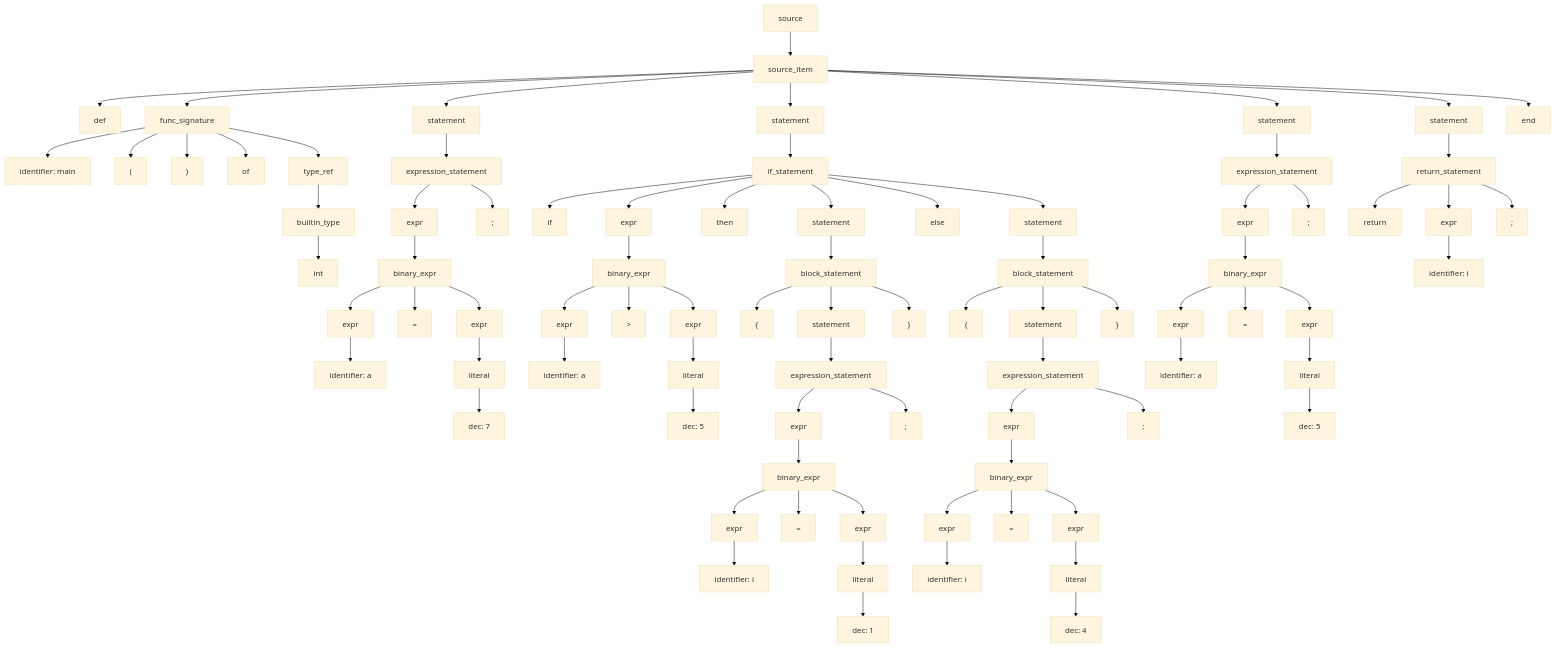
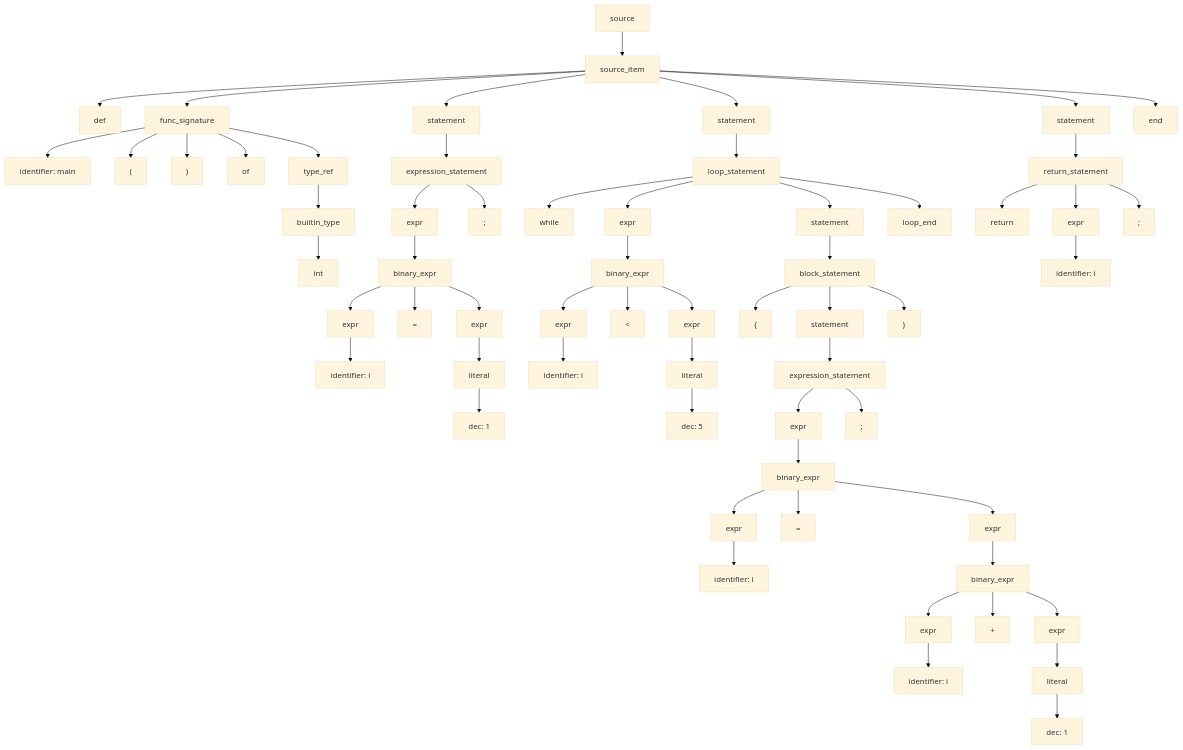
The diagram in ast.mmd (ErnandesDaniel/system-software-lab-3), drawn with Mermaid (base theme) before and after one commit.

Commit message:
правка цикла

```diff
--- a/ast.mmd
+++ b/ast.mmd
@@ -1,166 +1,122 @@
 graph TD;
 N0["source"]
 N1["source_item"]
 N0 --> N1
 N2["def"]
 N1 --> N2
 N3["func_signature"]
 N1 --> N3
 N4["identifier: main"]
 N3 --> N4
 N5["("]
 N3 --> N5
 N6[")"]
 N3 --> N6
 N7["of"]
 N3 --> N7
 N8["type_ref"]
 N3 --> N8
 N9["builtin_type"]
 N8 --> N9
 N10["int"]
 N9 --> N10
 N11["statement"]
 N1 --> N11
 N12["expression_statement"]
 N11 --> N12
 N13["expr"]
 N12 --> N13
 N14["binary_expr"]
 N13 --> N14
 N15["expr"]
 N14 --> N15
-N16["identifier: a"]
+N16["identifier: i"]
 N15 --> N16
 N17["="]
 N14 --> N17
 N18["expr"]
 N14 --> N18
 N19["literal"]
 N18 --> N19
-N20["dec: 7"]
+N20["dec: 1"]
 N19 --> N20
 N21[";"]
 N12 --> N21
 N22["statement"]
 N1 --> N22
-N23["if_statement"]
+N23["loop_statement"]
 N22 --> N23
-N24["if"]
+N24["while"]
 N23 --> N24
 N25["expr"]
 N23 --> N25
 N26["binary_expr"]
 N25 --> N26
 N27["expr"]
 N26 --> N27
-N28["identifier: a"]
+N28["identifier: i"]
 N27 --> N28
-N29[">"]
+N29["<"]
 N26 --> N29
 N30["expr"]
 N26 --> N30
 N31["literal"]
 N30 --> N31
 N32["dec: 5"]
 N31 --> N32
-N33["then"]
+N33["statement"]
 N23 --> N33
-N34["statement"]
-N23 --> N34
-N35["block_statement"]
+N34["block_statement"]
+N33 --> N34
+N35["{"]
 N34 --> N35
-N36["{"]
-N35 --> N36
-N37["statement"]
-N35 --> N37
-N38["expression_statement"]
+N36["statement"]
+N34 --> N36
+N37["expression_statement"]
+N36 --> N37
+N38["expr"]
 N37 --> N38
-N39["expr"]
+N39["binary_expr"]
 N38 --> N39
-N40["binary_expr"]
+N40["expr"]
 N39 --> N40
-N41["expr"]
+N41["identifier: i"]
 N40 --> N41
-N42["identifier: i"]
-N41 --> N42
-N43["="]
-N40 --> N43
-N44["expr"]
-N40 --> N44
-N45["literal"]
+N42["="]
+N39 --> N42
+N43["expr"]
+N39 --> N43
+N44["binary_expr"]
+N43 --> N44
+N45["expr"]
 N44 --> N45
-N46["dec: 1"]
+N46["identifier: i"]
 N45 --> N46
-N47[";"]
-N38 --> N47
-N48["}"]
-N35 --> N48
-N49["else"]
-N23 --> N49
-N50["statement"]
-N23 --> N50
-N51["block_statement"]
-N50 --> N51
-N52["{"]
-N51 --> N52
-N53["statement"]
-N51 --> N53
-N54["expression_statement"]
-N53 --> N54
-N55["expr"]
+N47["+"]
+N44 --> N47
+N48["expr"]
+N44 --> N48
+N49["literal"]
+N48 --> N49
+N50["dec: 1"]
+N49 --> N50
+N51[";"]
+N37 --> N51
+N52["}"]
+N34 --> N52
+N53["loop_end"]
+N23 --> N53
+N54["statement"]
+N1 --> N54
+N55["return_statement"]
 N54 --> N55
-N56["binary_expr"]
+N56["return"]
 N55 --> N56
 N57["expr"]
-N56 --> N57
+N55 --> N57
 N58["identifier: i"]
 N57 --> N58
-N59["="]
-N56 --> N59
-N60["expr"]
-N56 --> N60
-N61["literal"]
-N60 --> N61
-N62["dec: 4"]
-N61 --> N62
-N63[";"]
-N54 --> N63
-N64["}"]
-N51 --> N64
-N65["statement"]
-N1 --> N65
-N66["expression_statement"]
-N65 --> N66
-N67["expr"]
-N66 --> N67
-N68["binary_expr"]
-N67 --> N68
-N69["expr"]
-N68 --> N69
-N70["identifier: a"]
-N69 --> N70
-N71["="]
-N68 --> N71
-N72["expr"]
-N68 --> N72
-N73["literal"]
-N72 --> N73
-N74["dec: 5"]
-N73 --> N74
-N75[";"]
-N66 --> N75
-N76["statement"]
-N1 --> N76
-N77["return_statement"]
-N76 --> N77
-N78["return"]
-N77 --> N78
-N79["expr"]
-N77 --> N79
-N80["identifier: i"]
-N79 --> N80
-N81[";"]
-N77 --> N81
-N82["end"]
-N1 --> N82
+N59[";"]
+N55 --> N59
+N60["end"]
+N1 --> N60
```
